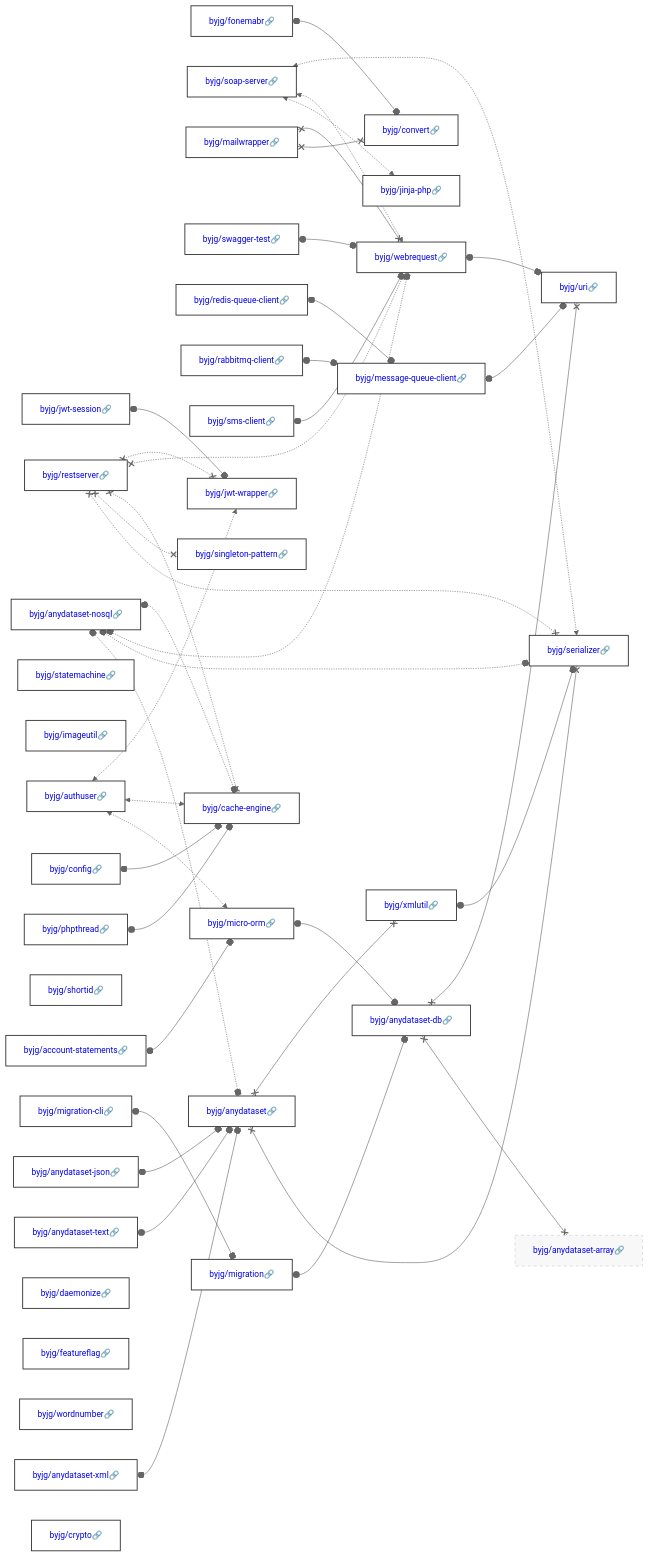
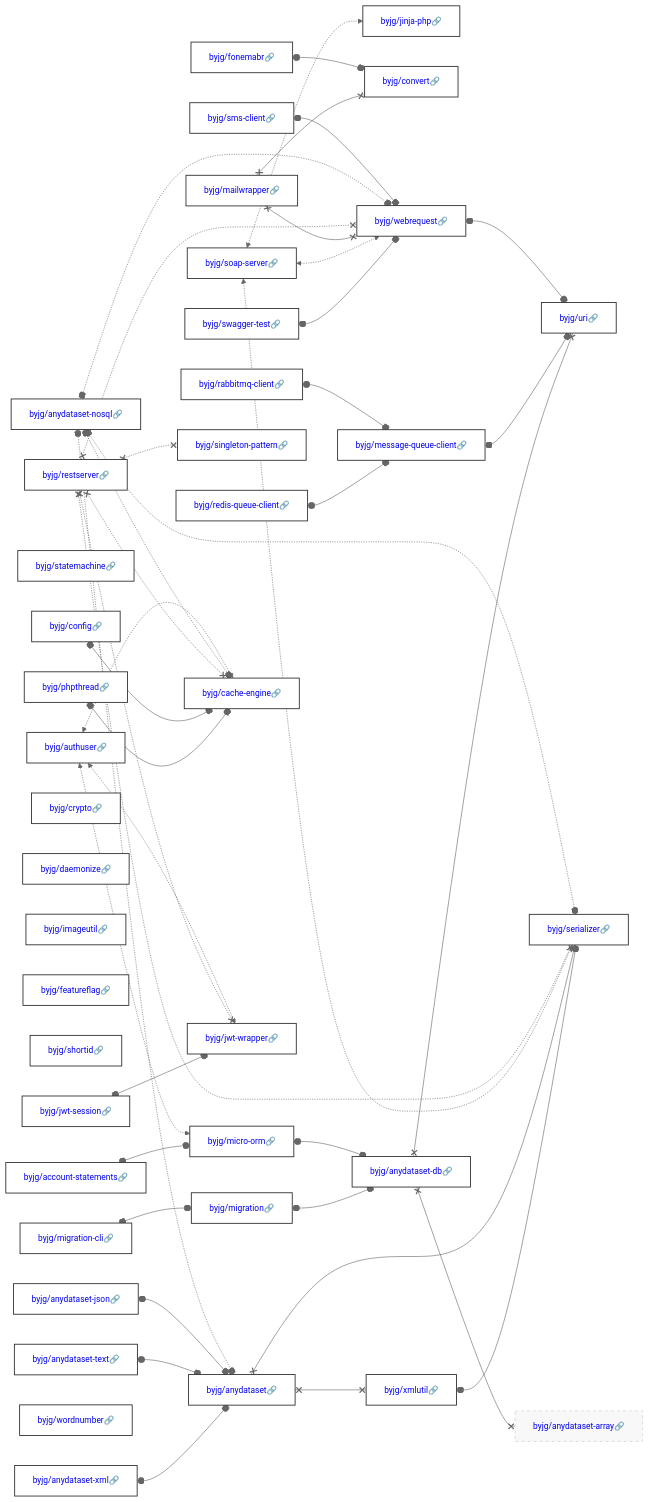
Before and after one commit to byjg/byjg.github.io: the diagram in docs/php/README.md, drawn with Mermaid (neutral theme). The commit also changed other lines of this file and 3 other files, not shown here.

Commit message:
Update documentation 'php' 'php-soap-server'

````diff
--- a/docs/php/README.md
+++ b/docs/php/README.md
@@ -3,45 +3,45 @@
 ```mermaid
 graph LR;
+  byjg/swagger-test[<a href='https://opensource.byjg.com/docs/php/swagger-test' style='text-decoration:none'>byjg/swagger-test🔗</a>];
+  byjg/sms-client[<a href='https://opensource.byjg.com/docs/php/sms-client' style='text-decoration:none'>byjg/sms-client🔗</a>];
+  byjg/anydataset-json[<a href='https://opensource.byjg.com/docs/php/anydataset-json' style='text-decoration:none'>byjg/anydataset-json🔗</a>];
+  byjg/anydataset-text[<a href='https://opensource.byjg.com/docs/php/anydataset-text' style='text-decoration:none'>byjg/anydataset-text🔗</a>];
+  byjg/statemachine[<a href='https://opensource.byjg.com/docs/php/statemachine' style='text-decoration:none'>byjg/statemachine🔗</a>];
+  byjg/account-statements[<a href='https://opensource.byjg.com/docs/php/account-statements' style='text-decoration:none'>byjg/account-statements🔗</a>];
+  byjg/phpthread[<a href='https://opensource.byjg.com/docs/php/phpthread' style='text-decoration:none'>byjg/phpthread🔗</a>];
+  byjg/rabbitmq-client[<a href='https://opensource.byjg.com/docs/php/rabbitmq-client' style='text-decoration:none'>byjg/rabbitmq-client🔗</a>];
+  byjg/anydataset-xml[<a href='https://opensource.byjg.com/docs/php/anydataset-xml' style='text-decoration:none'>byjg/anydataset-xml🔗</a>];
+  byjg/crypto[<a href='https://opensource.byjg.com/docs/php/crypto' style='text-decoration:none'>byjg/crypto🔗</a>];
+  byjg/mailwrapper[<a href='https://opensource.byjg.com/docs/php/mailwrapper' style='text-decoration:none'>byjg/mailwrapper🔗</a>];
+  byjg/daemonize[<a href='https://opensource.byjg.com/docs/php/daemonize' style='text-decoration:none'>byjg/daemonize🔗</a>];
+  byjg/imageutil[<a href='https://opensource.byjg.com/docs/php/imageutil' style='text-decoration:none'>byjg/imageutil🔗</a>];
+  byjg/featureflag[<a href='https://opensource.byjg.com/docs/php/featureflag' style='text-decoration:none'>byjg/featureflag🔗</a>];
+  byjg/soap-server[<a href='https://opensource.byjg.com/docs/php/soap-server' style='text-decoration:none'>byjg/soap-server🔗</a>];
+  byjg/shortid[<a href='https://opensource.byjg.com/docs/php/shortid' style='text-decoration:none'>byjg/shortid🔗</a>];
+  byjg/jwt-session[<a href='https://opensource.byjg.com/docs/php/jwt-session' style='text-decoration:none'>byjg/jwt-session🔗</a>];
+  byjg/migration-cli[<a href='https://opensource.byjg.com/docs/php/migration-cli' style='text-decoration:none'>byjg/migration-cli🔗</a>];
   byjg/fonemabr[<a href='https://opensource.byjg.com/docs/php/fonemabr' style='text-decoration:none'>byjg/fonemabr🔗</a>];
+  byjg/restserver[<a href='https://opensource.byjg.com/docs/php/restserver' style='text-decoration:none'>byjg/restserver🔗</a>];
   byjg/anydataset-nosql[<a href='https://opensource.byjg.com/docs/php/anydataset-nosql' style='text-decoration:none'>byjg/anydataset-nosql🔗</a>];
-  byjg/jwt-session[<a href='https://opensource.byjg.com/docs/php/jwt-session' style='text-decoration:none'>byjg/jwt-session🔗</a>];
-  byjg/restserver[<a href='https://opensource.byjg.com/docs/php/restserver' style='text-decoration:none'>byjg/restserver🔗</a>];
-  byjg/soap-server[<a href='https://opensource.byjg.com/docs/php/soap-server' style='text-decoration:none'>byjg/soap-server🔗</a>];
-  byjg/mailwrapper[<a href='https://opensource.byjg.com/docs/php/mailwrapper' style='text-decoration:none'>byjg/mailwrapper🔗</a>];
-  byjg/swagger-test[<a href='https://opensource.byjg.com/docs/php/swagger-test' style='text-decoration:none'>byjg/swagger-test🔗</a>];
-  byjg/statemachine[<a href='https://opensource.byjg.com/docs/php/statemachine' style='text-decoration:none'>byjg/statemachine🔗</a>];
-  byjg/imageutil[<a href='https://opensource.byjg.com/docs/php/imageutil' style='text-decoration:none'>byjg/imageutil🔗</a>];
+  byjg/config[<a href='https://opensource.byjg.com/docs/php/config' style='text-decoration:none'>byjg/config🔗</a>];
+  byjg/wordnumber[<a href='https://opensource.byjg.com/docs/php/wordnumber' style='text-decoration:none'>byjg/wordnumber🔗</a>];
   byjg/redis-queue-client[<a href='https://opensource.byjg.com/docs/php/redis-queue-client' style='text-decoration:none'>byjg/redis-queue-client🔗</a>];
-  byjg/anydataset-xml[<a href='https://opensource.byjg.com/docs/php/anydataset-xml' style='text-decoration:none'>byjg/anydataset-xml🔗</a>];
-  byjg/rabbitmq-client[<a href='https://opensource.byjg.com/docs/php/rabbitmq-client' style='text-decoration:none'>byjg/rabbitmq-client🔗</a>];
-  byjg/anydataset-json[<a href='https://opensource.byjg.com/docs/php/anydataset-json' style='text-decoration:none'>byjg/anydataset-json🔗</a>];
-  byjg/account-statements[<a href='https://opensource.byjg.com/docs/php/account-statements' style='text-decoration:none'>byjg/account-statements🔗</a>];
-  byjg/shortid[<a href='https://opensource.byjg.com/docs/php/shortid' style='text-decoration:none'>byjg/shortid🔗</a>];
   byjg/authuser[<a href='https://opensource.byjg.com/docs/php/authuser' style='text-decoration:none'>byjg/authuser🔗</a>];
-  byjg/migration-cli[<a href='https://opensource.byjg.com/docs/php/migration-cli' style='text-decoration:none'>byjg/migration-cli🔗</a>];
-  byjg/anydataset-text[<a href='https://opensource.byjg.com/docs/php/anydataset-text' style='text-decoration:none'>byjg/anydataset-text🔗</a>];
-  byjg/phpthread[<a href='https://opensource.byjg.com/docs/php/phpthread' style='text-decoration:none'>byjg/phpthread🔗</a>];
-  byjg/sms-client[<a href='https://opensource.byjg.com/docs/php/sms-client' style='text-decoration:none'>byjg/sms-client🔗</a>];
-  byjg/daemonize[<a href='https://opensource.byjg.com/docs/php/daemonize' style='text-decoration:none'>byjg/daemonize🔗</a>];
-  byjg/featureflag[<a href='https://opensource.byjg.com/docs/php/featureflag' style='text-decoration:none'>byjg/featureflag🔗</a>];
-  byjg/wordnumber[<a href='https://opensource.byjg.com/docs/php/wordnumber' style='text-decoration:none'>byjg/wordnumber🔗</a>];
-  byjg/config[<a href='https://opensource.byjg.com/docs/php/config' style='text-decoration:none'>byjg/config🔗</a>];
-  byjg/crypto[<a href='https://opensource.byjg.com/docs/php/crypto' style='text-decoration:none'>byjg/crypto🔗</a>];
+  byjg/jinja-php[<a href='https://opensource.byjg.com/docs/php/jinja-php' style='text-decoration:none'>byjg/jinja-php🔗</a>];
+  byjg/migration[<a href='https://opensource.byjg.com/docs/php/migration' style='text-decoration:none'>byjg/migration🔗</a>];
+  byjg/convert[<a href='https://opensource.byjg.com/docs/php/convert' style='text-decoration:none'>byjg/convert🔗</a>];
   byjg/singleton-pattern[<a href='https://opensource.byjg.com/docs/php/singleton-pattern' style='text-decoration:none'>byjg/singleton-pattern🔗</a>];
-  byjg/jinja-php[<a href='https://opensource.byjg.com/docs/php/jinja-php' style='text-decoration:none'>byjg/jinja-php🔗</a>];
-  byjg/convert[<a href='https://opensource.byjg.com/docs/php/convert' style='text-decoration:none'>byjg/convert🔗</a>];
+  byjg/anydataset[<a href='https://opensource.byjg.com/docs/php/anydataset' style='text-decoration:none'>byjg/anydataset🔗</a>];
+  byjg/webrequest[<a href='https://opensource.byjg.com/docs/php/webrequest' style='text-decoration:none'>byjg/webrequest🔗</a>];
   byjg/message-queue-client[<a href='https://opensource.byjg.com/docs/php/message-queue-client' style='text-decoration:none'>byjg/message-queue-client🔗</a>];
   byjg/micro-orm[<a href='https://opensource.byjg.com/docs/php/micro-orm' style='text-decoration:none'>byjg/micro-orm🔗</a>];
+  byjg/cache-engine[<a href='https://opensource.byjg.com/docs/php/cache-engine' style='text-decoration:none'>byjg/cache-engine🔗</a>];
   byjg/jwt-wrapper[<a href='https://opensource.byjg.com/docs/php/jwt-wrapper' style='text-decoration:none'>byjg/jwt-wrapper🔗</a>];
-  byjg/migration[<a href='https://opensource.byjg.com/docs/php/migration' style='text-decoration:none'>byjg/migration🔗</a>];
-  byjg/anydataset[<a href='https://opensource.byjg.com/docs/php/anydataset' style='text-decoration:none'>byjg/anydataset🔗</a>];
-  byjg/webrequest[<a href='https://opensource.byjg.com/docs/php/webrequest' style='text-decoration:none'>byjg/webrequest🔗</a>];
-  byjg/cache-engine[<a href='https://opensource.byjg.com/docs/php/cache-engine' style='text-decoration:none'>byjg/cache-engine🔗</a>];
+  byjg/xmlutil[<a href='https://opensource.byjg.com/docs/php/xmlutil' style='text-decoration:none'>byjg/xmlutil🔗</a>];
   byjg/anydataset-db[<a href='https://opensource.byjg.com/docs/php/anydataset-db' style='text-decoration:none'>byjg/anydataset-db🔗</a>];
-  byjg/xmlutil[<a href='https://opensource.byjg.com/docs/php/xmlutil' style='text-decoration:none'>byjg/xmlutil🔗</a>];
+  byjg/serializer[<a href='https://opensource.byjg.com/docs/php/serializer' style='text-decoration:none'>byjg/serializer🔗</a>];
   byjg/anydataset-array[<a href='https://opensource.byjg.com/docs/php/anydataset-array' style='text-decoration:none'>byjg/anydataset-array🔗</a>];
   byjg/uri[<a href='https://opensource.byjg.com/docs/php/uri' style='text-decoration:none'>byjg/uri🔗</a>];
-  byjg/serializer[<a href='https://opensource.byjg.com/docs/php/serializer' style='text-decoration:none'>byjg/serializer🔗</a>];
   byjg/xmlutil o--o byjg/serializer;
   byjg/anydataset x--x byjg/serializer;
   byjg/anydataset x--x byjg/xmlutil;
````
